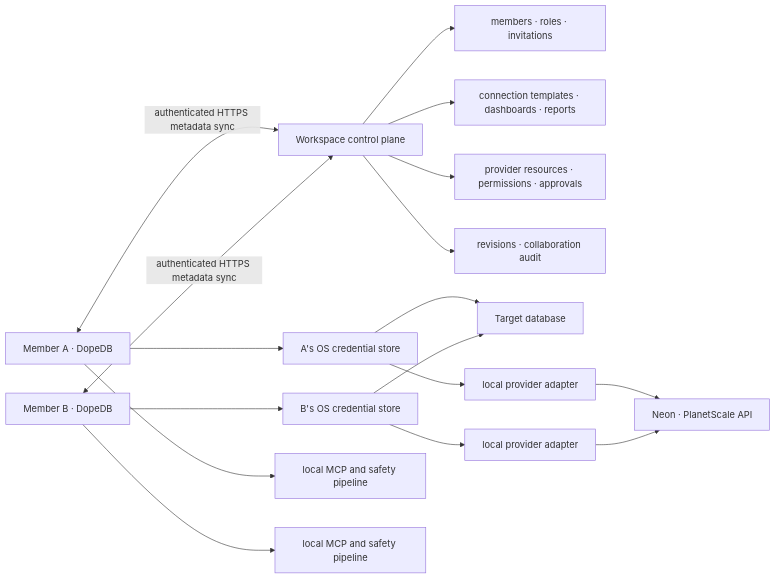
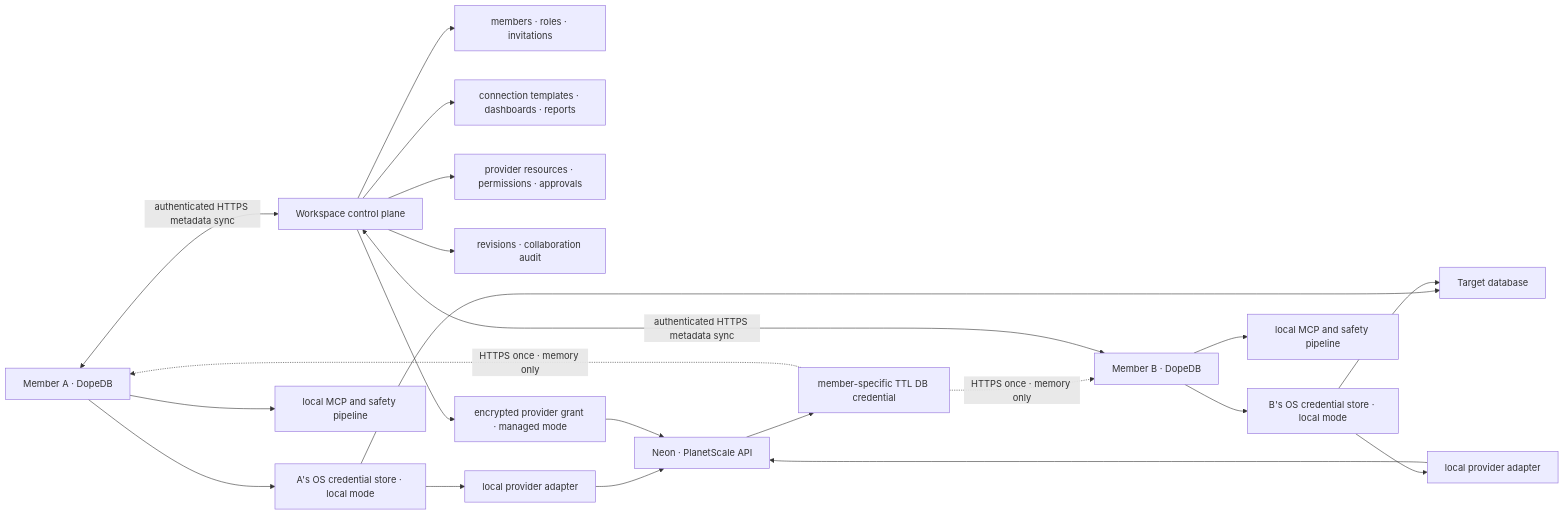
Before and after one commit to jaesong-blip/dopedb: the diagram in docs/WORKSPACE_ROADMAP.md, drawn with Mermaid. The commit also changed other lines of this file and 46 other files, not shown here.

````diff
--- a/docs/WORKSPACE_ROADMAP.md
+++ b/docs/WORKSPACE_ROADMAP.md
@@ -40,19 +45,24 @@
 ```mermaid
 flowchart LR
     A["Member A · DopeDB"] <-->|"authenticated HTTPS metadata sync"| W["Workspace control plane"]
     B["Member B · DopeDB"] <-->|"authenticated HTTPS metadata sync"| W
     W --> M["members · roles · invitations"]
     W --> R["connection templates · dashboards · reports"]
     W --> P["provider resources · permissions · approvals"]
     W --> V["revisions · collaboration audit"]
-    A --> KA["A's OS credential store"]
-    B --> KB["B's OS credential store"]
+    A --> KA["A's OS credential store · local mode"]
+    B --> KB["B's OS credential store · local mode"]
     KA --> D["Target database"]
     KB --> D
     KA --> PA["local provider adapter"]
     KB --> PB["local provider adapter"]
     PA --> API["Neon · PlanetScale API"]
     PB --> API
+    W --> MI["encrypted provider grant · managed mode"]
+    MI --> API
+    API --> EP["member-specific TTL DB credential"]
+    EP -.->|"HTTPS once · memory only"| A
+    EP -.->|"HTTPS once · memory only"| B
     A --> SA["local MCP and safety pipeline"]
     B --> SB["local MCP and safety pipeline"]
 ```
````
